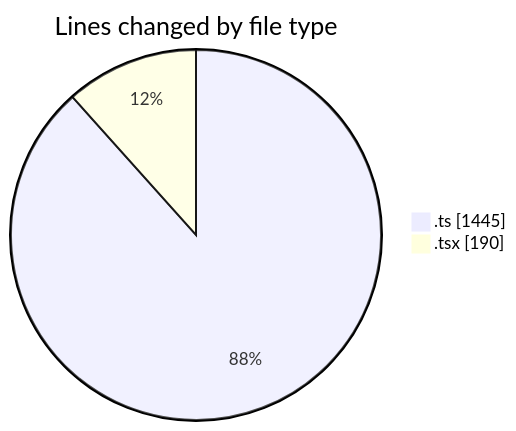
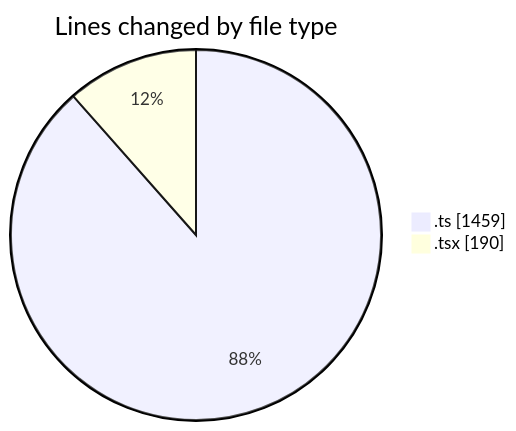
One commit to nxtqubesakshisongat/code-tracking changed the first of 2 diagrams in 2026-03-04/nxtqube_webapp/README.md. Above: the diagram before and after it, drawn with Mermaid. The commit also changed other lines of this file and 1 other file, not shown here.

````diff
--- a/2026-03-04/nxtqube_webapp/README.md
+++ b/2026-03-04/nxtqube_webapp/README.md
@@ -23,6 +23,6 @@
 ```mermaid
 pie showData
 title Lines changed by file type
-".ts" : 1445
+".ts" : 1459
 ".tsx" : 190
 ```
````
